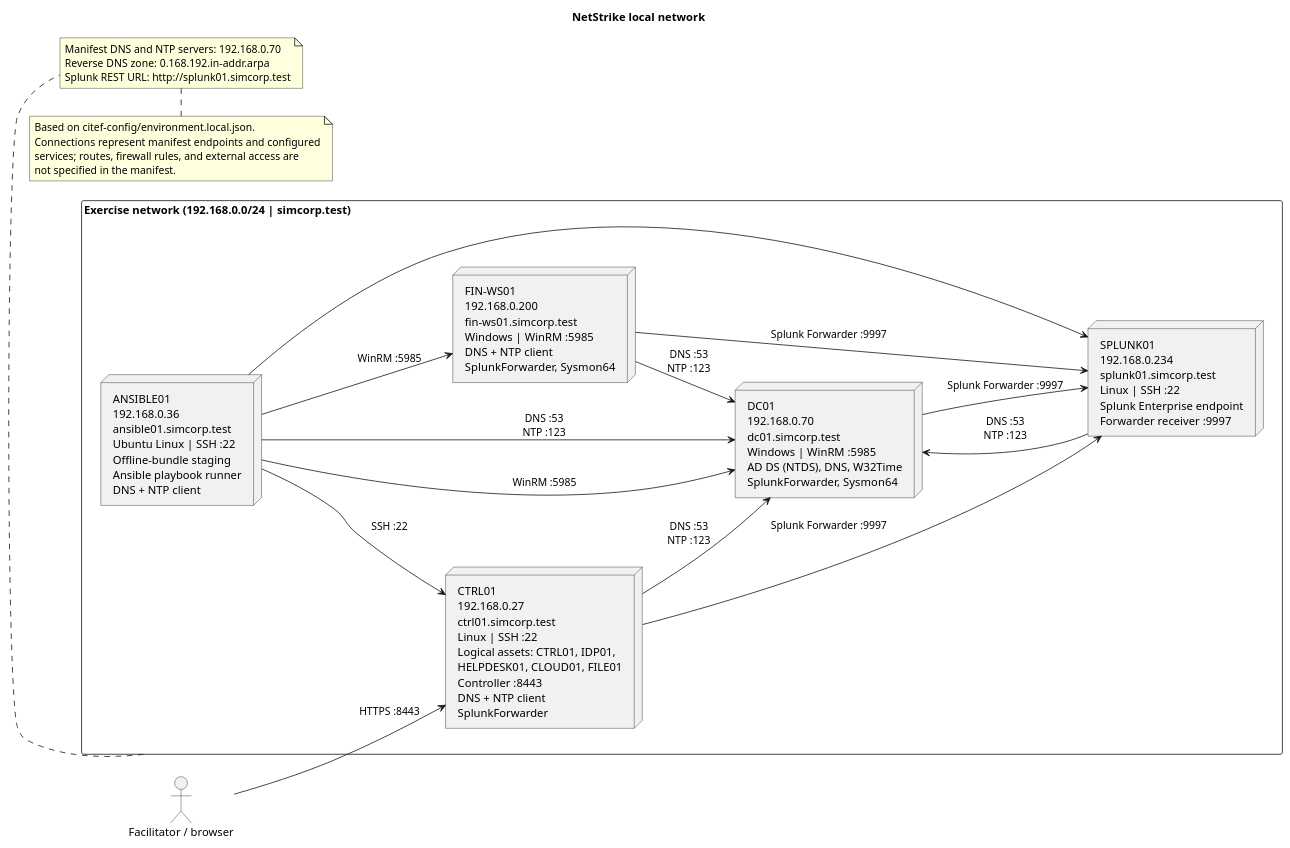
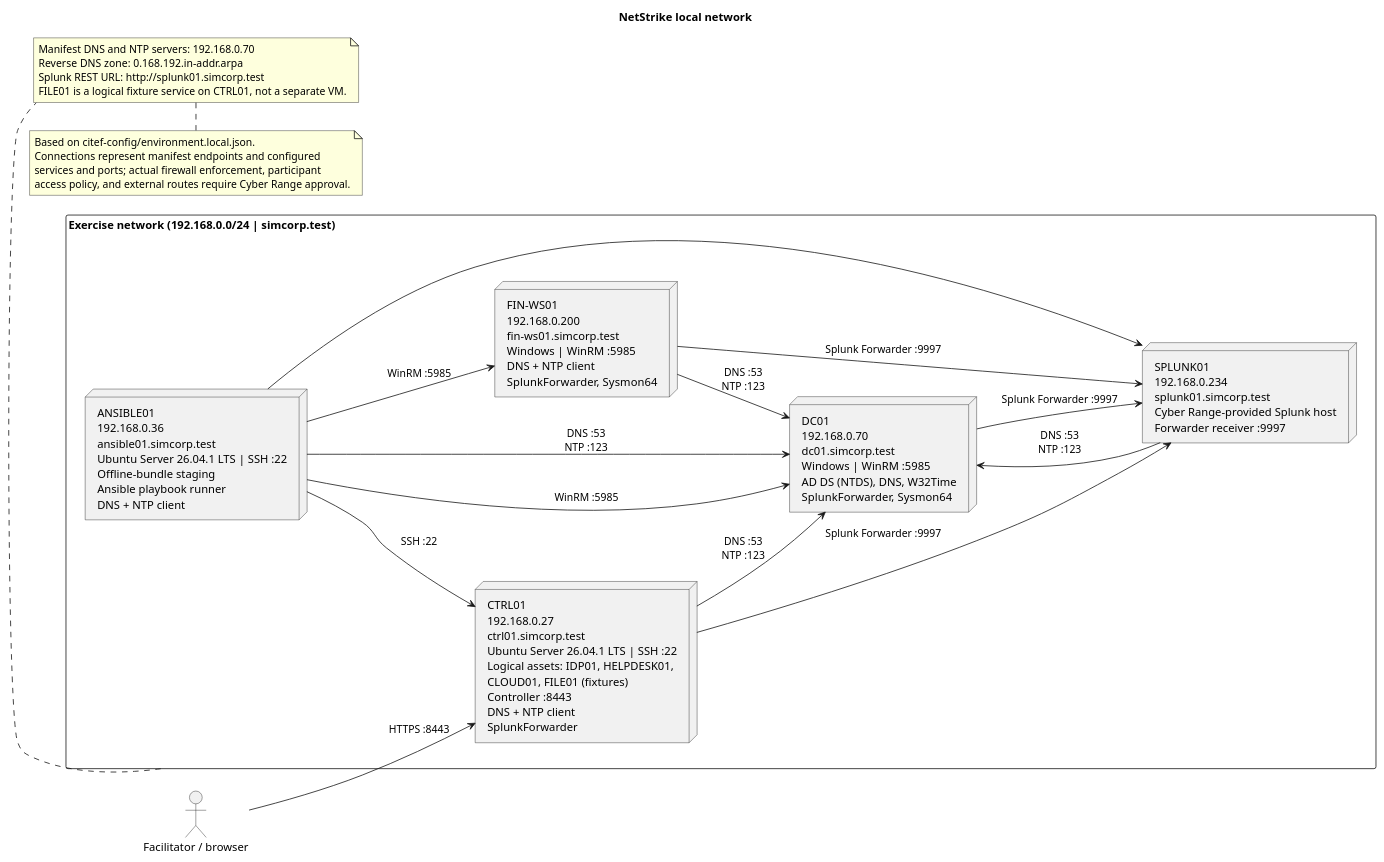
One commit to Netstrike-development-team/NetStrike_Capstone_17 changed the diagram in docs/network-diagram-local.puml. Above: the diagram before and after it, drawn with PlantUML. The commit also changed 10 other files, not shown here.

Commit message:
docs: update offline bundle and provisioning validation documentation

```diff
--- a/docs/network-diagram-local.puml
+++ b/docs/network-diagram-local.puml
@@ -1,46 +1,47 @@
 @startuml
 title NetStrike local network
 left to right direction
 skinparam componentStyle rectangle
 skinparam packageStyle rectangle
 skinparam packageTitleAlignment left
 skinparam shadowing false
 
 actor "Facilitator / browser" as Browser
 
 package "Exercise network (192.168.0.0/24 | simcorp.test)" as Exercise {
-  node "ANSIBLE01\n192.168.0.36\nansible01.simcorp.test\nUbuntu Linux | SSH :22\nOffline-bundle staging\nAnsible playbook runner\nDNS + NTP client" as Ansible
-  node "CTRL01\n192.168.0.27\nctrl01.simcorp.test\nLinux | SSH :22\nLogical assets: CTRL01, IDP01,\nHELPDESK01, CLOUD01, FILE01\nController :8443\nDNS + NTP client\nSplunkForwarder" as CTRL
+  node "ANSIBLE01\n192.168.0.36\nansible01.simcorp.test\nUbuntu Server 26.04.1 LTS | SSH :22\nOffline-bundle staging\nAnsible playbook runner\nDNS + NTP client" as Ansible
+  node "CTRL01\n192.168.0.27\nctrl01.simcorp.test\nUbuntu Server 26.04.1 LTS | SSH :22\nLogical assets: IDP01, HELPDESK01,\nCLOUD01, FILE01 (fixtures)\nController :8443\nDNS + NTP client\nSplunkForwarder" as CTRL
   node "DC01\n192.168.0.70\ndc01.simcorp.test\nWindows | WinRM :5985\nAD DS (NTDS), DNS, W32Time\nSplunkForwarder, Sysmon64" as DC
   node "FIN-WS01\n192.168.0.200\nfin-ws01.simcorp.test\nWindows | WinRM :5985\nDNS + NTP client\nSplunkForwarder, Sysmon64" as WS
-  node "SPLUNK01\n192.168.0.234\nsplunk01.simcorp.test\nLinux | SSH :22\nSplunk Enterprise endpoint\nForwarder receiver :9997" as SPLUNK
+  node "SPLUNK01\n192.168.0.234\nsplunk01.simcorp.test\nCyber Range-provided Splunk host\nForwarder receiver :9997" as SPLUNK
 }
 
 Browser --> CTRL : HTTPS :8443
 Ansible --> CTRL : SSH :22
 Ansible --> DC : WinRM :5985
 Ansible --> WS : WinRM :5985
 Ansible --> SPLUNK
 
 CTRL --> DC : DNS :53\nNTP :123
 Ansible --> DC : DNS :53\nNTP :123
 WS --> DC : DNS :53\nNTP :123
 SPLUNK --> DC : DNS :53\nNTP :123
 
 CTRL --> SPLUNK : Splunk Forwarder :9997
 DC --> SPLUNK : Splunk Forwarder :9997
 WS --> SPLUNK : Splunk Forwarder :9997
 
 note bottom of Exercise
   Manifest DNS and NTP servers: 192.168.0.70
   Reverse DNS zone: 0.168.192.in-addr.arpa
   Splunk REST URL: http://splunk01.simcorp.test
+  FILE01 is a logical fixture service on CTRL01, not a separate VM.
 end note
 
 note bottom
   Based on citef-config/environment.local.json.
   Connections represent manifest endpoints and configured
-  services; routes, firewall rules, and external access are
-  not specified in the manifest.
+  services and ports; actual firewall enforcement, participant
+  access policy, and external routes require Cyber Range approval.
 end note
 @enduml
```
